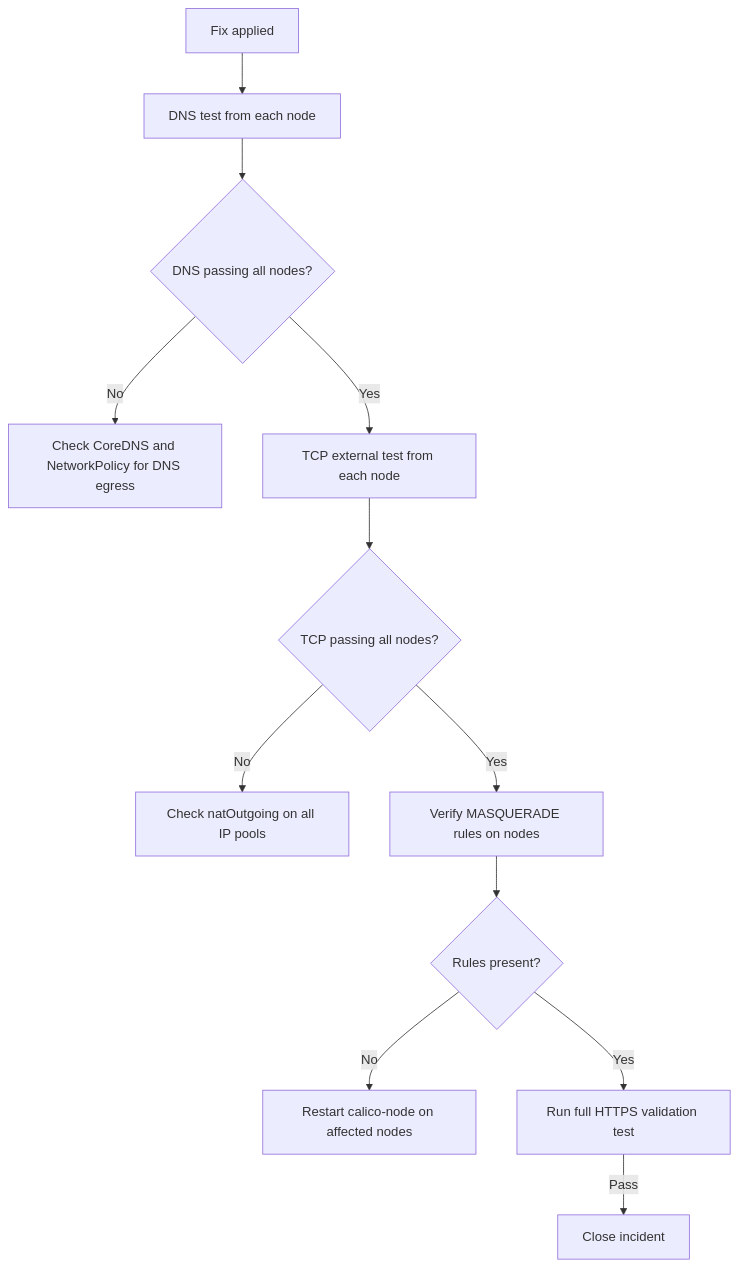
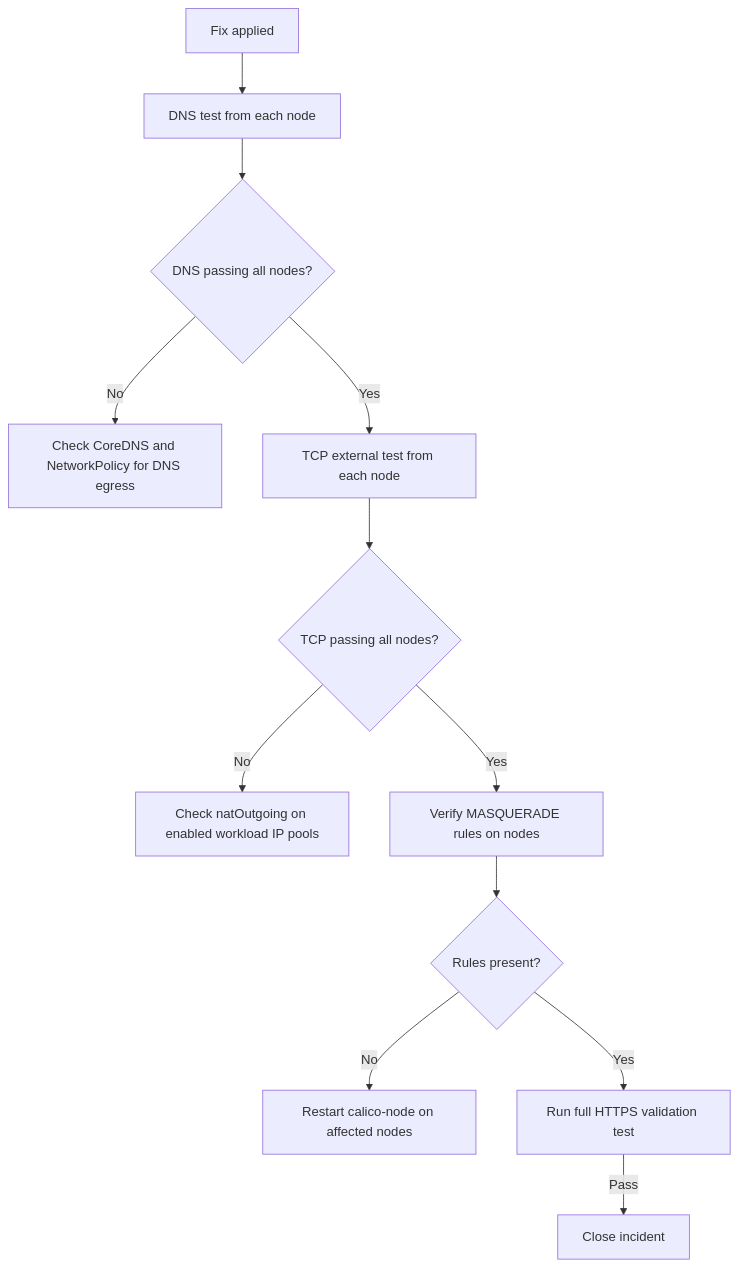
One commit to OneUptime/blog changed the diagram in posts/2026-03-13-validate-calico-pods-cannot-reach-external-services/README.md. Above: the diagram before and after it, drawn with Mermaid. The commit also changed other lines of this file and 2 other files, not shown here.

````diff
--- a/posts/2026-03-13-validate-calico-pods-cannot-reach-external-services/README.md
+++ b/posts/2026-03-13-validate-calico-pods-cannot-reach-external-services/README.md
@@ -107,14 +116,14 @@
 ```mermaid
 flowchart TD
     A[Fix applied] --> B[DNS test from each node]
     B --> C{DNS passing all nodes?}
     C -- No --> D[Check CoreDNS and NetworkPolicy for DNS egress]
     C -- Yes --> E[TCP external test from each node]
     E --> F{TCP passing all nodes?}
-    F -- No --> G[Check natOutgoing on all IP pools]
+    F -- No --> G[Check natOutgoing on enabled workload IP pools]
     F -- Yes --> H[Verify MASQUERADE rules on nodes]
     H --> I{Rules present?}
     I -- No --> J[Restart calico-node on affected nodes]
     I -- Yes --> K[Run full HTTPS validation test]
     K -- Pass --> L[Close incident]
 ```
````
